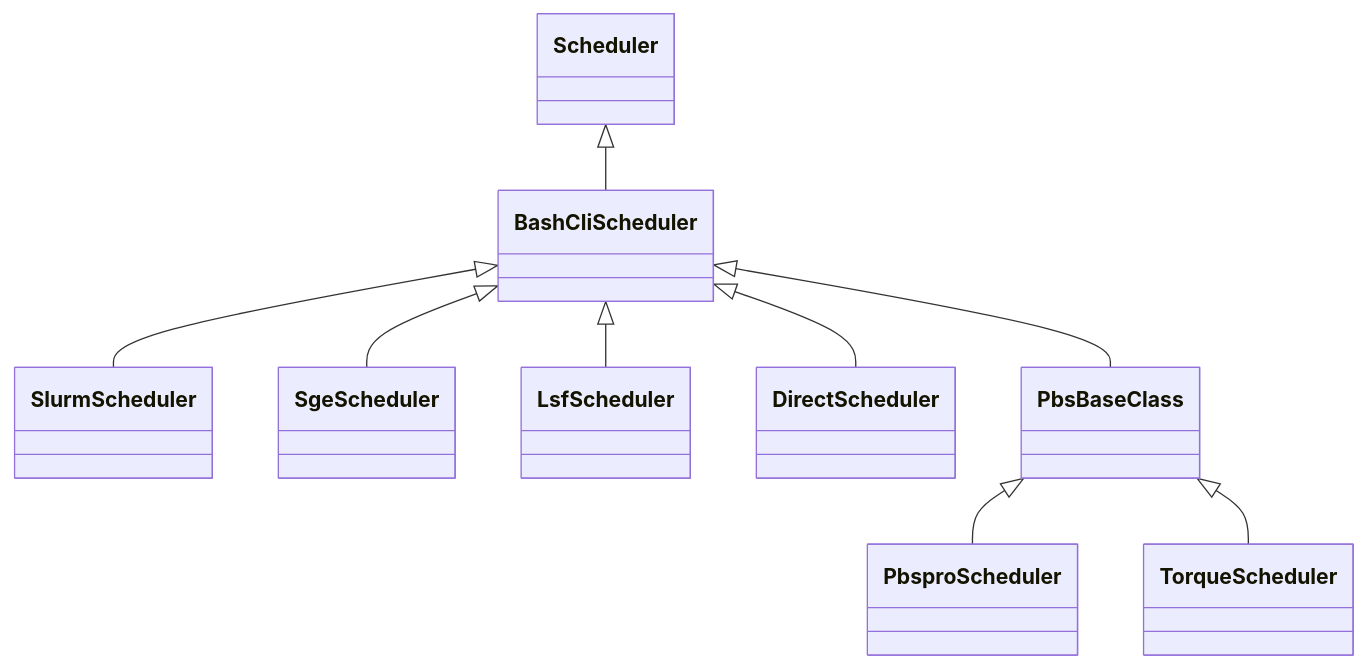
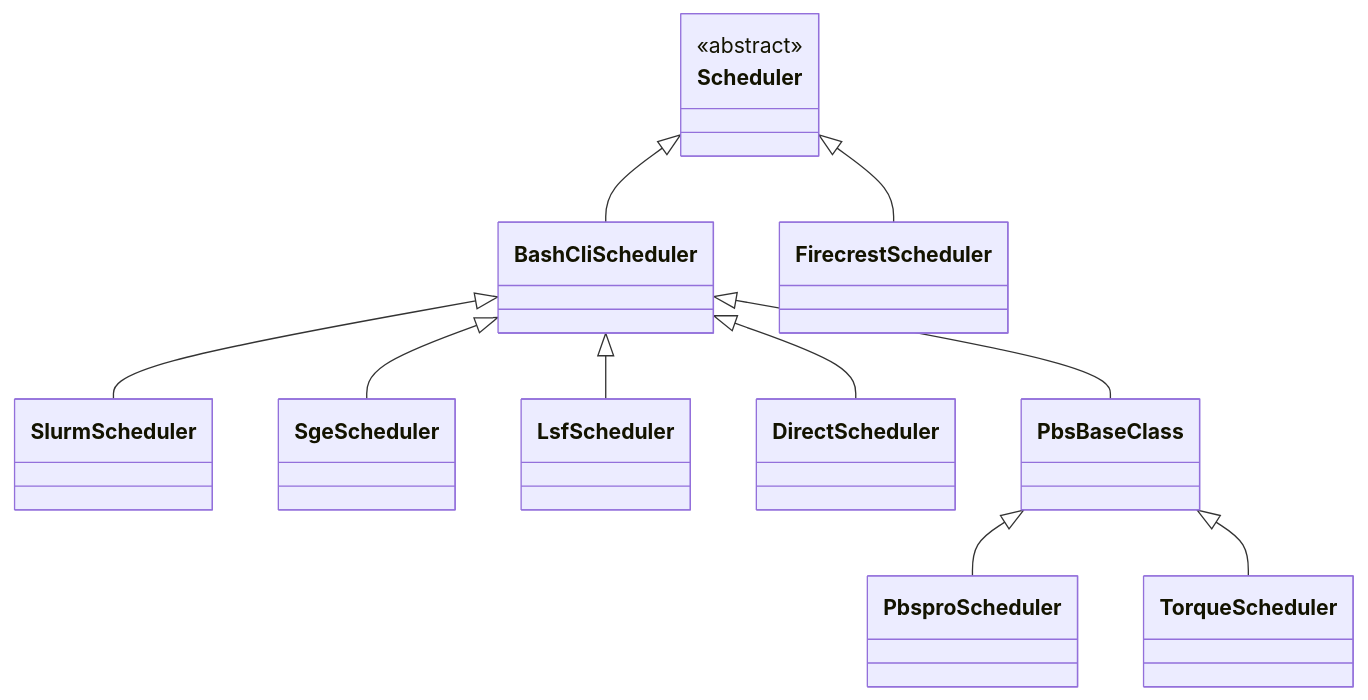
The fourth of 4 diagrams in slides/2026-09-07-mc-wp4/slides.md (GeigerJ2/talks), drawn with Mermaid before and after one commit. The commit also changed other lines of this file and 4 other files, not shown here.

````diff
--- a/slides/2026-09-07-mc-wp4/slides.md
+++ b/slides/2026-09-07-mc-wp4/slides.md
@@ -431,11 +611,13 @@
 ```mermaid {scale: 0.42}
 classDiagram
+  class Scheduler { <<abstract>> }
   Scheduler <|-- BashCliScheduler
   BashCliScheduler <|-- SlurmScheduler
   BashCliScheduler <|-- SgeScheduler
   BashCliScheduler <|-- LsfScheduler
   BashCliScheduler <|-- DirectScheduler
   BashCliScheduler <|-- PbsBaseClass
   PbsBaseClass <|-- PbsproScheduler
   PbsBaseClass <|-- TorqueScheduler
+  Scheduler <|-- FirecrestScheduler
 ```
````
